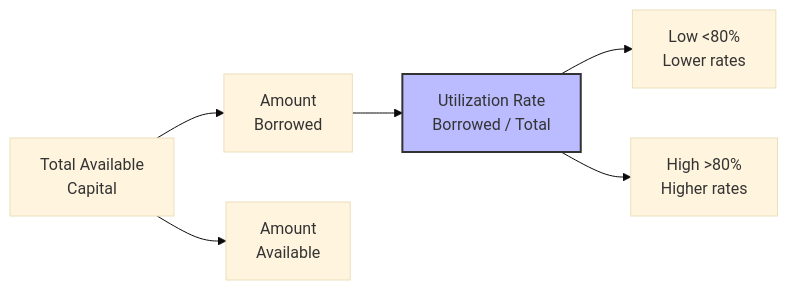
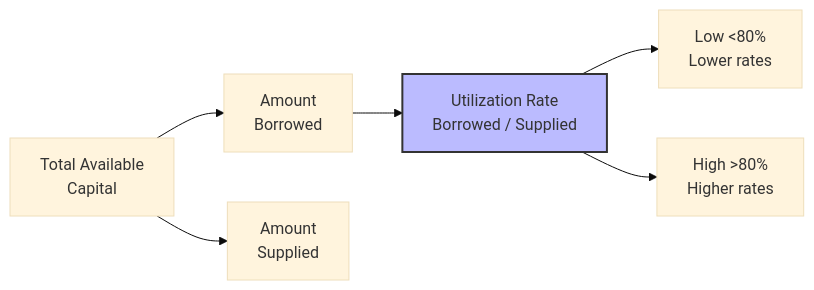
The sixth of 7 diagrams in docs/defi/alp/credit-market-mechanics.md (onflow/docs), drawn with Mermaid (base theme) before and after one commit. The commit also changed other lines of this file and 1 other file, not shown here.

````diff
--- a/docs/defi/alp/credit-market-mechanics.md
+++ b/docs/defi/alp/credit-market-mechanics.md
@@ -366,12 +253,12 @@
 ```mermaid
 graph LR
     Total[Total Available<br/>Capital] --> Borrowed[Amount<br/>Borrowed]
-    Total --> Available[Amount<br/>Available]
+    Total --> Available[Amount<br/>Supplied]
 
-    Borrowed --> Util[Utilization Rate<br/>Borrowed / Total]
+    Borrowed --> Util[Utilization Rate<br/>Borrowed / Supplied]
 
     Util --> Low[Low <80%<br/>Lower rates]
     Util --> High[High >80%<br/>Higher rates]
 
     style Util fill:#bbf,stroke:#333,stroke-width:2px
 ```
````
